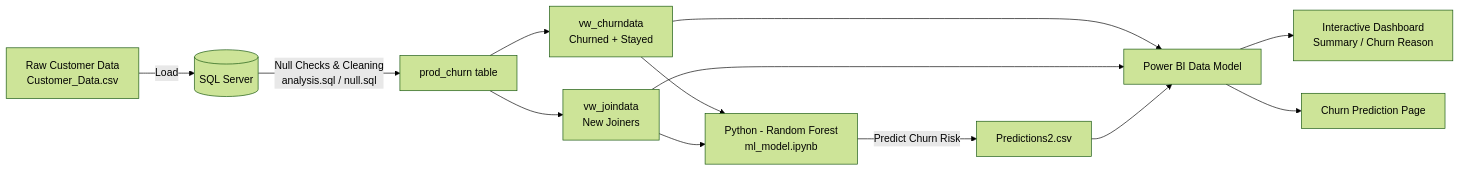
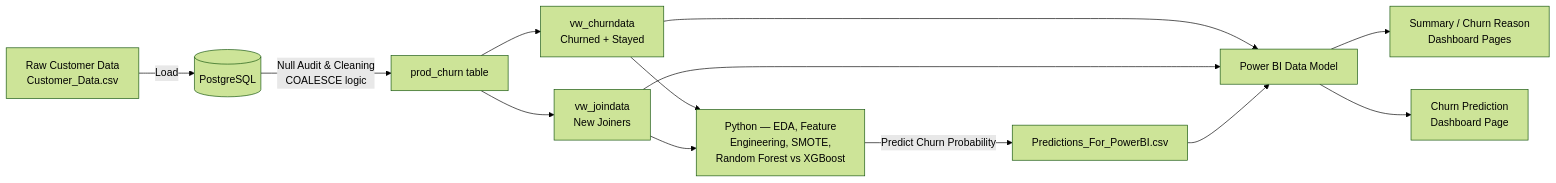
Before and after one commit to ankit-nitrr/Customer-Churn-Analysis-Prediction: the diagram in README.md, drawn with Mermaid (forest theme). The commit also changed other lines of this file, not shown here.

````diff
--- a/README.md
+++ b/README.md
@@ -45,15 +45,15 @@
 ```mermaid
 flowchart LR
-    A[Raw Customer Data<br/>Customer_Data.csv] -->|Load| B[(SQL Server)]
-    B -->|Null Checks & Cleaning<br/>analysis.sql / null.sql| C[prod_churn table]
+    A[Raw Customer Data<br/>Customer_Data.csv] -->|Load| B[(PostgreSQL)]
+    B -->|Null Audit & Cleaning<br/>COALESCE logic| C[prod_churn table]
     C --> D[vw_churndata<br/>Churned + Stayed]
     C --> E[vw_joindata<br/>New Joiners]
     D --> F[Power BI Data Model]
     E --> F
-    F --> G[Interactive Dashboard<br/>Summary / Churn Reason]
-    D --> H[Python - Random Forest<br/>ml_model.ipynb]
+    D --> H["Python — EDA, Feature<br/>Engineering, SMOTE,<br/>Random Forest vs XGBoost"]
     E --> H
-    H -->|Predict Churn Risk| I[Predictions2.csv]
+    H -->|Predict Churn Probability| I[Predictions_For_PowerBI.csv]
     I --> F
-    F --> J[Churn Prediction Page]
+    F --> G[Summary / Churn Reason<br/>Dashboard Pages]
+    F --> J[Churn Prediction<br/>Dashboard Page]
 ```
````
